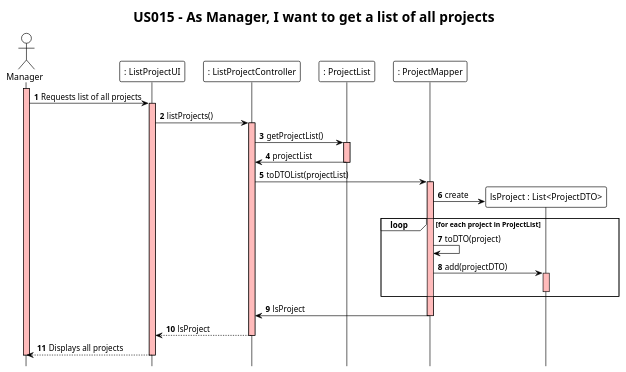
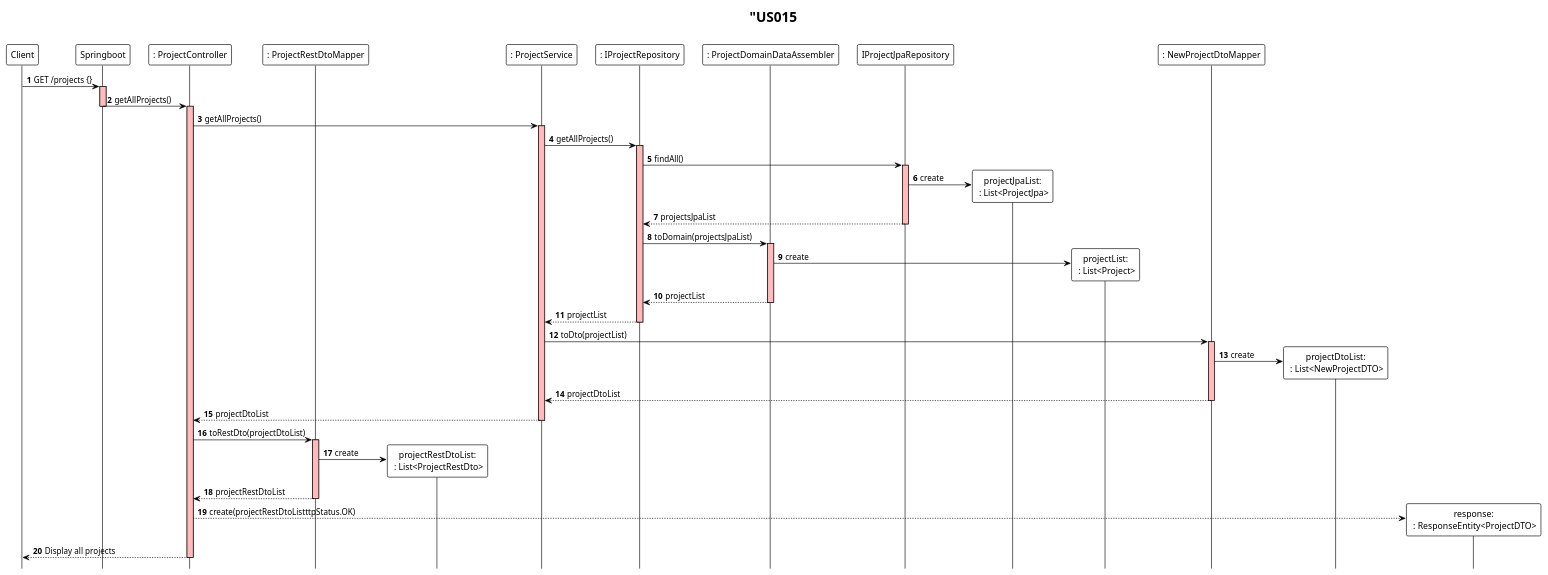
The diagram in docs/modelling_design/user_stories/us015/US015_ListAllProjectsSD.puml (ivo-menezes/project_g3), drawn with PlantUML before and after one commit. The commit also changed 4 other files, not shown here.

Commit message:
US015: Design: update ListAllProjectsSD (Closes #56)

```diff
--- a/docs/modelling_design/user_stories/us015/US015_ListAllProjectsSD.puml
+++ b/docs/modelling_design/user_stories/us015/US015_ListAllProjectsSD.puml
@@ -1,48 +1,82 @@
 @startuml
 !theme plain
+hide footbox
 autonumber
-hide footbox
-title "US015 - As Manager, I want to get a list of all projects"
+skinparam sequence {
+LifeLineBackgroundColor #FFBBBB
+}
+title "US015
 
-actor Manager as Manager
-participant ": ListProjectUI" as UI
-participant ": ListProjectController" as Controller
-participant ": ProjectList" as ProjectList
-participant ": ProjectMapper" as Mapper
-participant "lsProject : List<ProjectDTO>" as DTOList
+participant Client
+participant Springboot
+'participant "restDto : ProjectRestDto" as DTOin
+participant ": ProjectController" as Controller
+participant ": ProjectRestDtoMapper" as Mapper
+participant "projectRestDtoList:\n : List<ProjectRestDto>" as projectRestDtoList
+participant ": ProjectService" as Service
+participant ": IProjectRepository" as ProjRepository
+participant ": ProjectDomainDataAssembler" as Assembler
+participant "IProjectJpaRepository" as ProjectJpaRepository
+participant "projectJpaList:\n : List<ProjectJpa>" as projectJpaList
+participant "projectList:\n : List<Project>" as projectList
+participant ": NewProjectDtoMapper" as NewMapper
+participant "projectDtoList:\n : List<NewProjectDTO>" as projectDtoList
+participant "response:\n : ResponseEntity<ProjectDTO>" as response
 
-activate Manager #FFBBBB
-Manager -> UI: Requests list of all projects
 
-activate UI #FFBBBB
-UI -> Controller: listProjects()
+Client ->  Springboot: GET /projects {}
+activate Springboot
+Springboot -> Controller: getAllProjects()
+deactivate Springboot
+activate Controller
 
-activate Controller #FFBBBB
-Controller -> ProjectList : getProjectList()
-activate ProjectList #FFBBBB
+Controller -> Service: getAllProjects()
+activate Service
 
-ProjectList -> Controller : projectList
-deactivate ProjectList
+'Saving in the JpaRepository
+Service -> ProjRepository : getAllProjects()
+activate ProjRepository
 
-Controller -> Mapper : toDTOList(projectList)
-activate Mapper #FFBBBB
+ProjRepository -> ProjectJpaRepository : findAll()
+activate ProjectJpaRepository
 
-Mapper -> DTOList ** : create
+ProjectJpaRepository -> projectJpaList ** : create
 
-loop for each project in ProjectList
-Mapper -> Mapper : toDTO(project)
-Mapper -> DTOList : add(projectDTO)
-activate DTOList #FFBBBB
-deactivate DTOList
-end
+ProjectJpaRepository --> ProjRepository : projectsJpaList
+deactivate ProjectJpaRepository
 
-Mapper -> Controller : lsProject
+ProjRepository -> Assembler : toDomain(projectsJpaList)
+activate Assembler
+
+Assembler -> projectList ** : create
+Assembler --> ProjRepository: projectList
+deactivate Assembler
+
+deactivate Assembler
+
+ProjRepository --> Service: projectList
+deactivate ProjRepository
+
+Service -> NewMapper: toDto(projectList)
+activate NewMapper
+NewMapper -> projectDtoList ** : create
+
+NewMapper --> Service: projectDtoList
+deactivate NewMapper
+
+Service --> Controller : projectDtoList
+deactivate Service
+
+Controller -> Mapper: toRestDto(projectDtoList)
+activate Mapper
+
+Mapper -> projectRestDtoList ** : create
+
+Mapper --> Controller: projectRestDtoList
 deactivate Mapper
 
-Controller --> UI : lsProject
+Controller --> response ** : create(projectRestDtoListttpStatus.OK)
+Controller --> Client : Display all projects
 deactivate Controller
 
-UI --> Manager: Displays all projects
-deactivate UI
-deactivate Manager #FFBBBB
 @enduml
```
